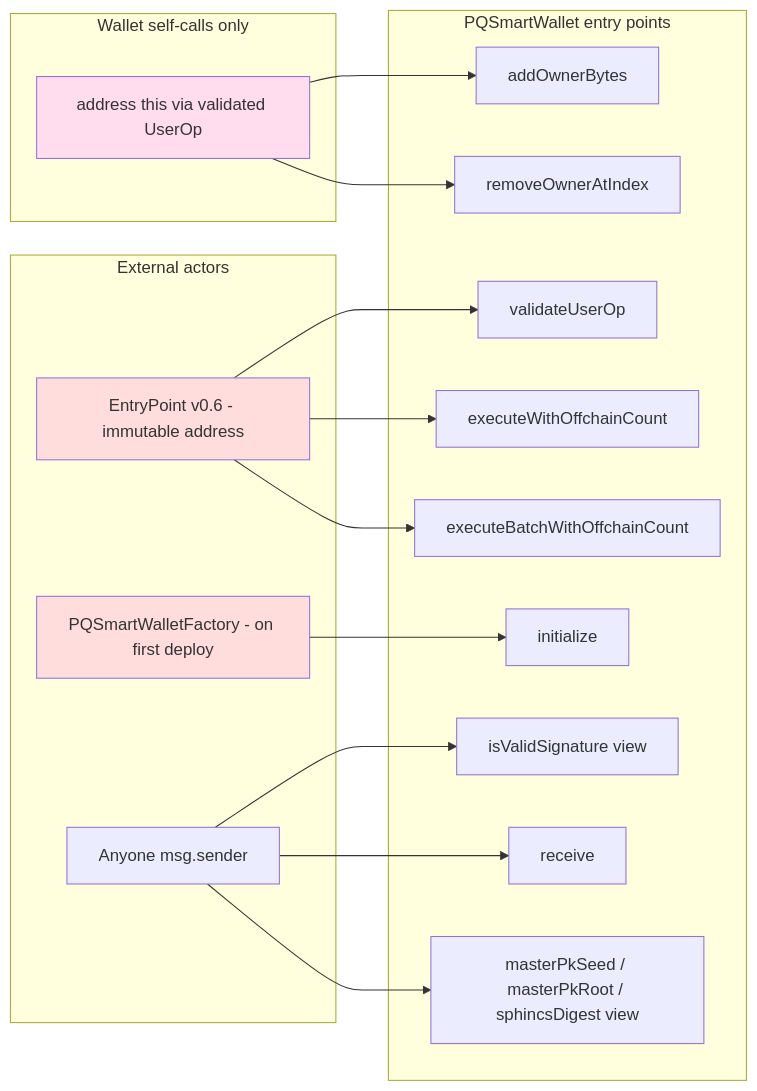
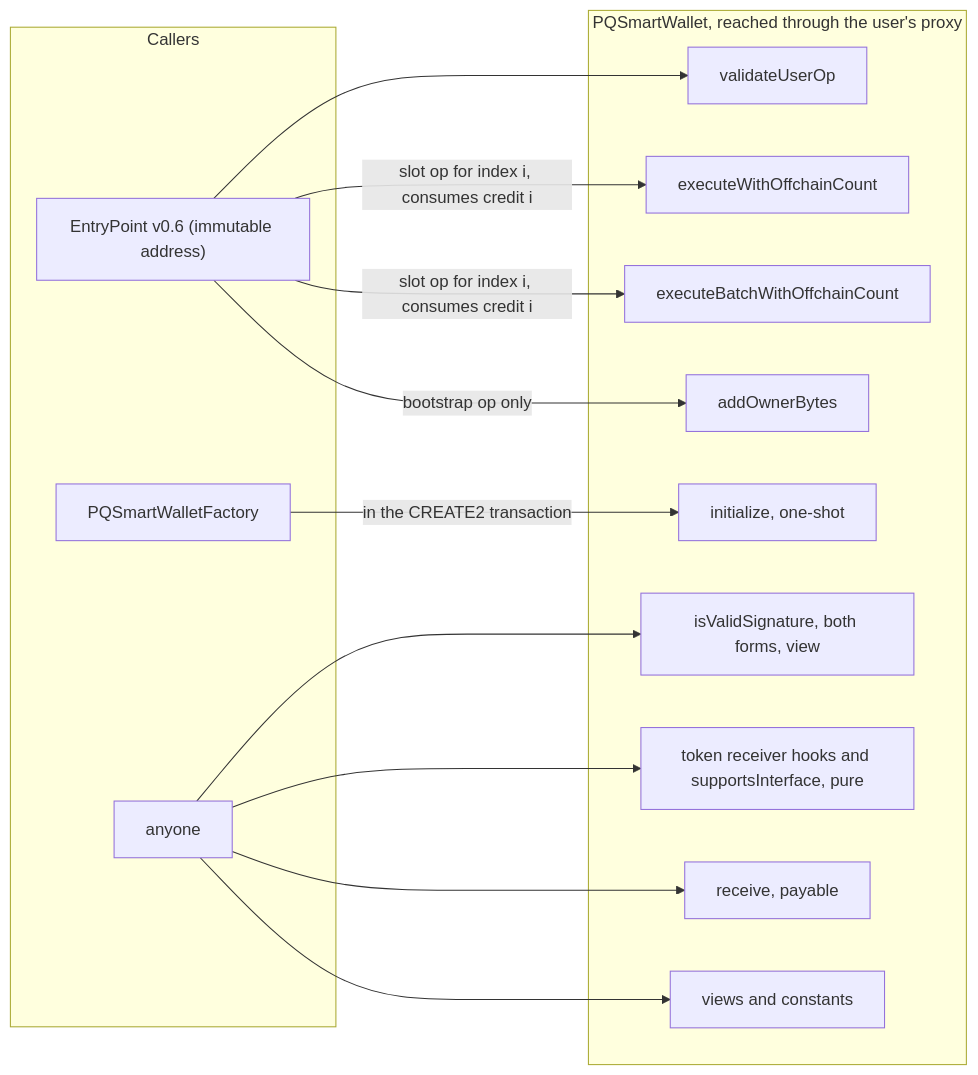
One commit to EthereumPhone/PQ1 changed the sixth of 6 diagrams in contracts/smart-wallet/AUDIT_DIAGRAMS.md. Above: the diagram before and after it, drawn with Mermaid. The commit also changed other lines of this file and 30 other files, not shown here.

````diff
--- a/contracts/smart-wallet/AUDIT_DIAGRAMS.md
+++ b/contracts/smart-wallet/AUDIT_DIAGRAMS.md
@@ -156,38 +227,28 @@
 ```mermaid
 flowchart LR
-    subgraph "External actors"
-        EP[EntryPoint v0.6 - immutable address]
-        FACT[PQSmartWalletFactory - on first deploy]
-        ANY[Anyone msg.sender]
+    subgraph callers["Callers"]
+        EP["EntryPoint v0.6 (immutable address)"]
+        FA["PQSmartWalletFactory"]
+        ANY["anyone"]
     end
-
-    subgraph "Wallet self-calls only"
-        SELF[address this via validated UserOp]
+    subgraph wallet["PQSmartWallet, reached through the user's proxy"]
+        VAL["validateUserOp"]
+        EXE["executeWithOffchainCount"]
+        EXB["executeBatchWithOffchainCount"]
+        ADD["addOwnerBytes"]
+        INI["initialize, one-shot"]
+        ISV["isValidSignature, both forms, view"]
+        RCV["token receiver hooks and supportsInterface, pure"]
+        ETH["receive, payable"]
+        VIEW["views and constants"]
     end
-
-    subgraph "PQSmartWallet entry points"
-        VAL[validateUserOp]
-        EXE[executeWithOffchainCount]
-        EXB[executeBatchWithOffchainCount]
-        ADD[addOwnerBytes]
-        REM[removeOwnerAtIndex]
-        INI[initialize]
-        EIP[isValidSignature view]
-        VRX[receive]
-        VWR[masterPkSeed / masterPkRoot / sphincsDigest view]
-    end
-
     EP --> VAL
-    EP --> EXE
-    EP --> EXB
-    SELF --> ADD
-    SELF --> REM
-    FACT --> INI
-    ANY --> EIP
-    ANY --> VRX
-    ANY --> VWR
-
-    style EP fill:#fdd
-    style FACT fill:#fdd
-    style SELF fill:#fde
+    EP -->|"slot op for index i, consumes credit i"| EXE
+    EP -->|"slot op for index i, consumes credit i"| EXB
+    EP -->|"bootstrap op only"| ADD
+    FA -->|"in the CREATE2 transaction"| INI
+    ANY --> ISV
+    ANY --> RCV
+    ANY --> ETH
+    ANY --> VIEW
 ```
````
